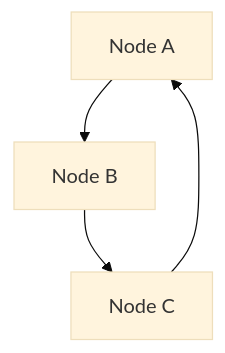
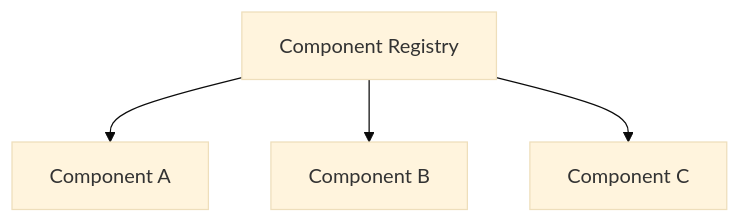
The sixth of 15 diagrams in README.md (nogeniuss/arquiteturas-de-software), drawn with Mermaid (base theme) before and after one commit. The commit also changed other lines of this file, not shown here.

````diff
--- a/README.md
+++ b/README.md
@@ -49,6 +49,6 @@
 ```mermaid
 graph TD
-    A[Node A] --> B[Node B]
-    B --> C[Node C]
-    C --> A
+    A[Component Registry] --> B[Component A]
+    A --> C[Component B]
+    A --> D[Component C]
 ```
````
